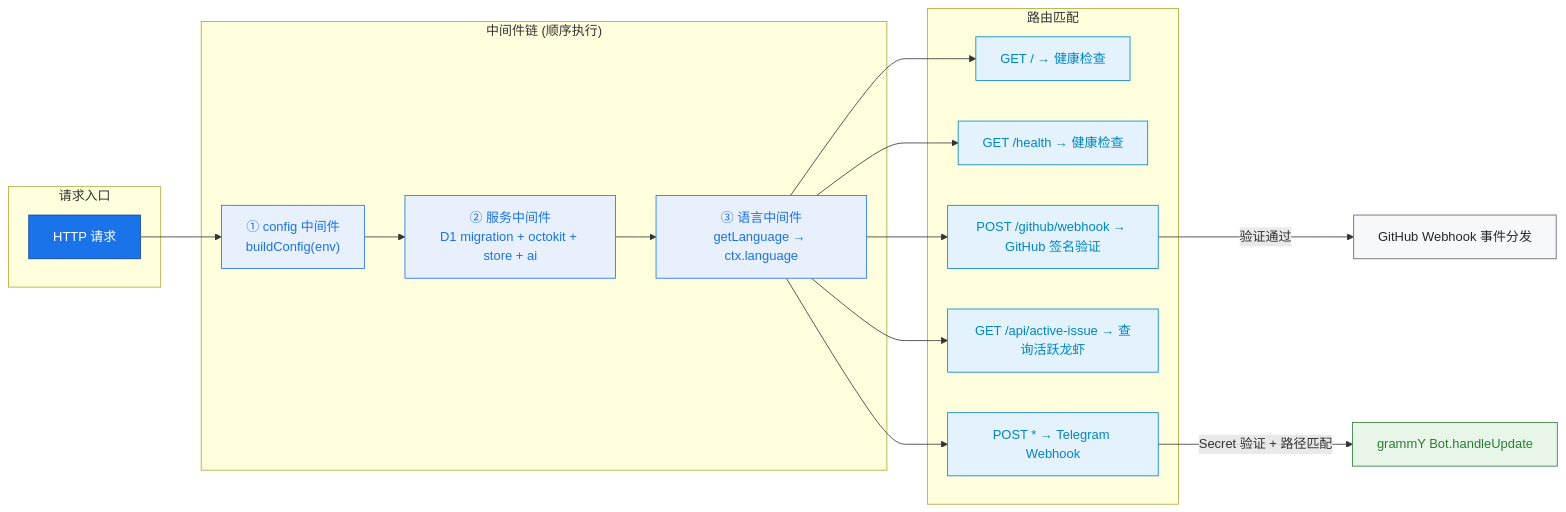
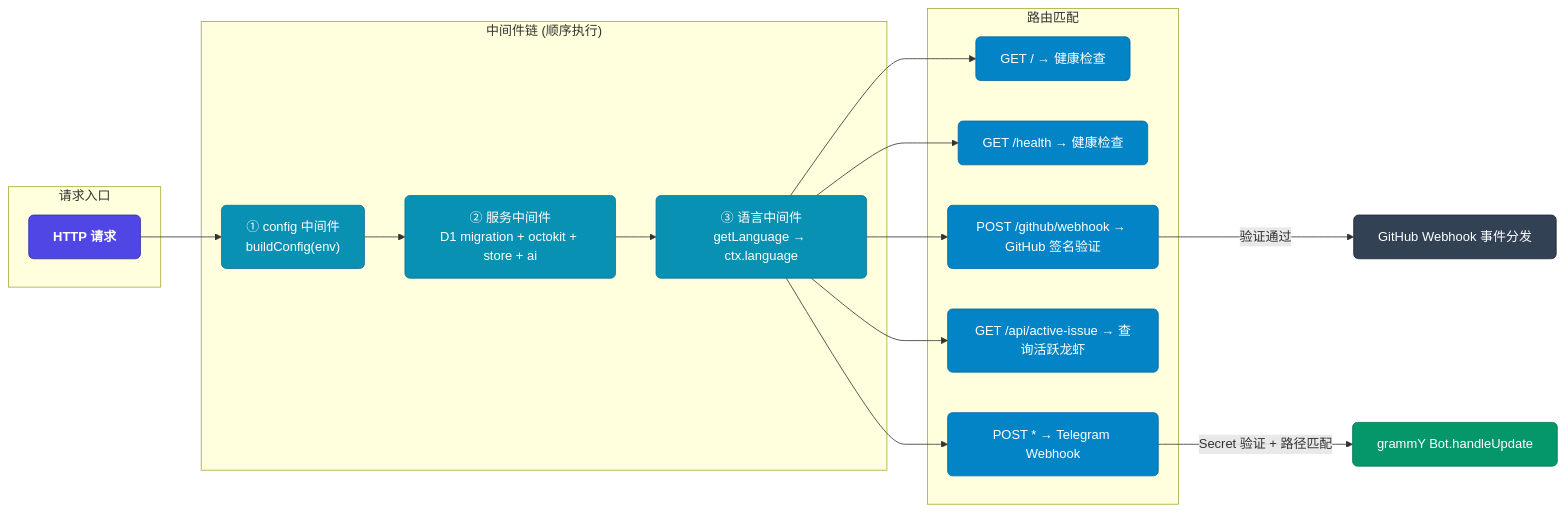
The second of 11 diagrams in src/ARCHITECTURE.md (jeffsia-blacksmith/altShiftClawCore), drawn with Mermaid before and after one commit. The commit also changed other lines of this file and 30 other files, not shown here.

````diff
--- a/src/ARCHITECTURE.md
+++ b/src/ARCHITECTURE.md
@@ -136,36 +135,36 @@
 ```mermaid
 flowchart LR
-    classDef req fill:#1a73e8,stroke:#0d47a1,color:#fff
-    classDef mw fill:#e8f0fe,stroke:#1a73e8,color:#1a73e8
-    classDef route fill:#e3f2fd,stroke:#0086c4,color:#0086c4
-    classDef gh fill:#f6f8fa,stroke:#586069,color:#24292e
-    classDef tg fill:#e8f5e9,stroke:#2e7d32,color:#2e7d32
+    classDef req fill:#4f46e5,stroke:#3730a3,color:#fff,font-weight:bold,rx:6px
+    classDef mw fill:#0891b2,stroke:#0e7490,color:#fff,rx:6px
+    classDef route fill:#0284c7,stroke:#0369a1,color:#fff,rx:6px
+    classDef gh fill:#334155,stroke:#1e293b,color:#fff,rx:6px
+    classDef tg fill:#059669,stroke:#047857,color:#fff,rx:6px
 
     subgraph 请求入口
         REQ["HTTP 请求"]:::req
     end
 
     subgraph "中间件链 (顺序执行)"
         M1["① config 中间件<br/>buildConfig(env)"]:::mw
         M2["② 服务中间件<br/>D1 migration + octokit + store + ai"]:::mw
         M3["③ 语言中间件<br/>getLanguage → ctx.language"]:::mw
     end
 
     subgraph 路由匹配
         R1["GET / → 健康检查"]:::route
         R2["GET /health → 健康检查"]:::route
         R3["POST /github/webhook → GitHub 签名验证"]:::route
         R4["GET /api/active-issue → 查询活跃龙虾"]:::route
         R5["POST * → Telegram Webhook"]:::route
     end
 
     REQ --> M1 --> M2 --> M3
     M3 --> R1
     M3 --> R2
     M3 --> R3
     M3 --> R4
     M3 --> R5
 
     R3 -->|验证通过| GHEVENT["GitHub Webhook 事件分发"]:::gh
     R5 -->|Secret 验证 + 路径匹配| BOT["grammY Bot.handleUpdate"]:::tg
 ```
````
